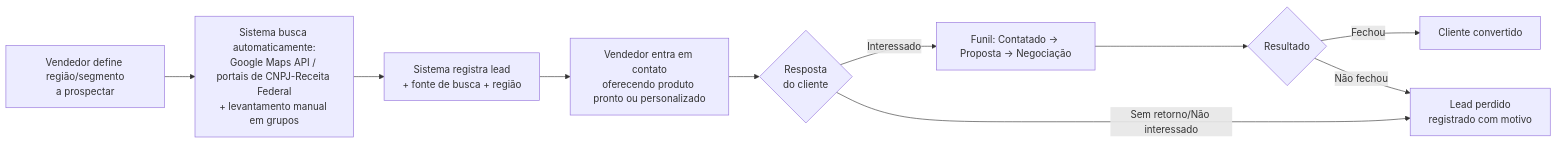
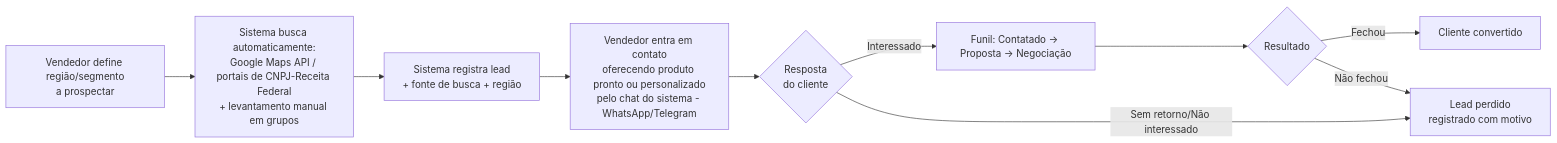
Before and after one commit to indianous/lead-system: the second of 3 diagrams in 01-estudo-de-caso-coleta-leads.md, drawn with Mermaid. The commit also changed other lines of this file and 3 other files, not shown here.

````diff
--- a/01-estudo-de-caso-coleta-leads.md
+++ b/01-estudo-de-caso-coleta-leads.md
@@ -115,12 +117,12 @@
 ```mermaid
 flowchart LR
     A[Vendedor define região/segmento<br/>a prospectar] --> B[Sistema busca automaticamente:<br/>Google Maps API / portais de CNPJ-Receita Federal<br/>+ levantamento manual em grupos]
     B --> C[Sistema registra lead<br/>+ fonte de busca + região]
-    C --> D[Vendedor entra em contato<br/>oferecendo produto pronto ou personalizado]
+    C --> D[Vendedor entra em contato<br/>oferecendo produto pronto ou personalizado<br/>pelo chat do sistema - WhatsApp/Telegram]
     D --> E{Resposta<br/>do cliente}
     E -->|Interessado| F[Funil: Contatado → Proposta → Negociação]
     E -->|Sem retorno/Não interessado| G[Lead perdido<br/>registrado com motivo]
     F --> H{Resultado}
     H -->|Fechou| I[Cliente convertido]
     H -->|Não fechou| G
 ```
````
